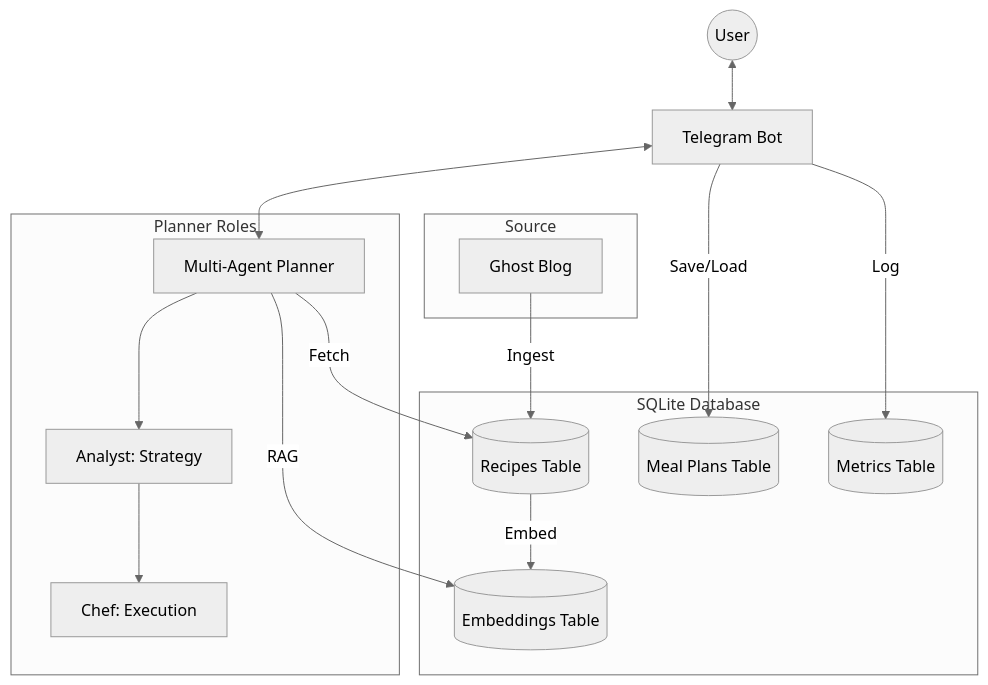
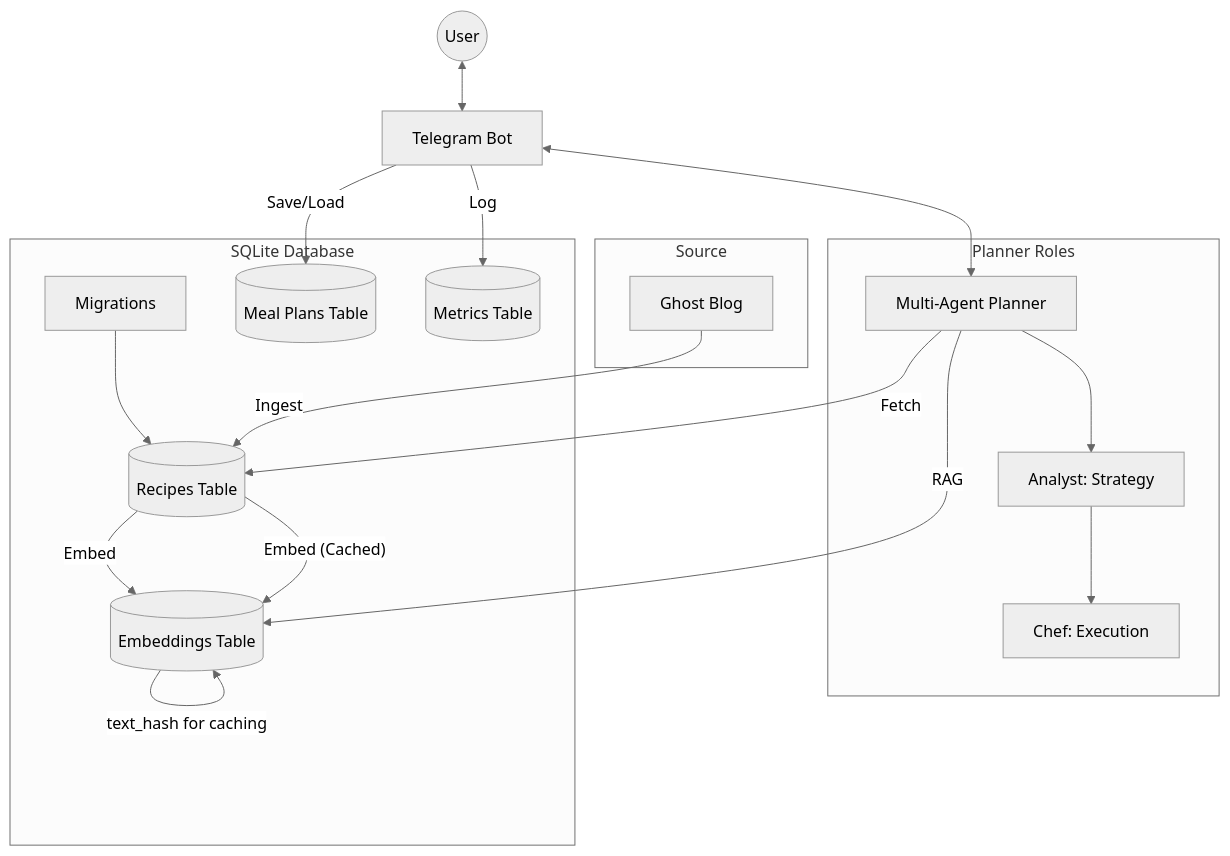
The diagram in README.md (sergioazevedo/ai-meal-planner), drawn with Mermaid (neutral theme) before and after one commit. The commit also changed other lines of this file and 1 other file, not shown here.

````diff
--- a/README.md
+++ b/README.md
@@ -126,29 +138,30 @@
 ```mermaid
 graph TD
     User((User)) <--> Bot[Telegram Bot]
     Bot <--> Planner[Multi-Agent Planner]
     
     subgraph Agents [Planner Roles]
         Planner --> Analyst[Analyst: Strategy]
         Analyst --> Chef[Chef: Execution]
     end
     
     subgraph Storage [SQLite Database]
-        Recipes[(Recipes Table)]
-        Embeddings[(Embeddings Table)]
+        Migrations[Migrations] --> Recipes[(Recipes Table)]
+        Recipes -- Embed --> Embeddings[(Embeddings Table)]
+        Embeddings -- text_hash for caching --> Embeddings
         Plans[(Meal Plans Table)]
         Metrics[(Metrics Table)]
     end
     
     subgraph CMS [Source]
         Ghost[Ghost Blog]
     end
     
     Ghost -- Ingest --> Recipes
-    Recipes -- Embed --> Embeddings
+    Recipes -- Embed (Cached) --> Embeddings
     
     Planner -- RAG --> Embeddings
     Planner -- Fetch --> Recipes
     Bot -- Log --> Metrics
     Bot -- Save/Load --> Plans
 ```
````
